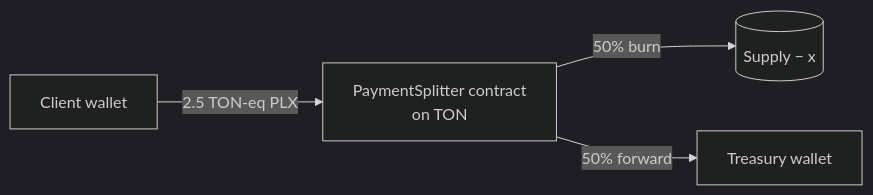
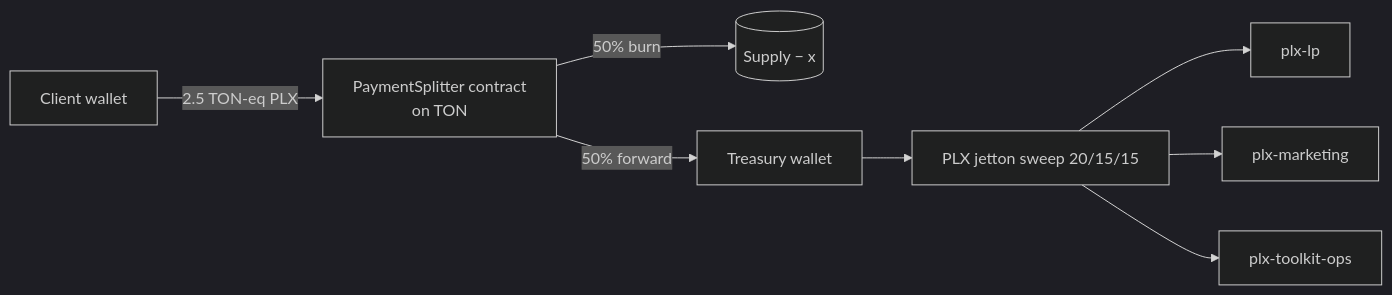
The third of 3 diagrams in docs/TOKENOMICS.md (phalanx-foundation/plx-token), drawn with Mermaid (dark theme) before and after one commit. The commit also changed other lines of this file and 1 other file, not shown here.

````diff
--- a/docs/TOKENOMICS.md
+++ b/docs/TOKENOMICS.md
@@ -98,6 +98,10 @@
 ```mermaid
 flowchart LR
     Client[Client wallet] -- "2.5 TON-eq PLX" --> Splitter
     Splitter[PaymentSplitter contract<br/>on TON] -- 50% burn --> Burn[(Supply − x)]
     Splitter -- 50% forward --> Treasury[Treasury wallet]
+    Treasury --> JettonSweep[PLX jetton sweep 20/15/15]
+    JettonSweep --> LP[plx-lp]
+    JettonSweep --> Growth[plx-marketing]
+    JettonSweep --> Ops[plx-toolkit-ops]
 ```
````
